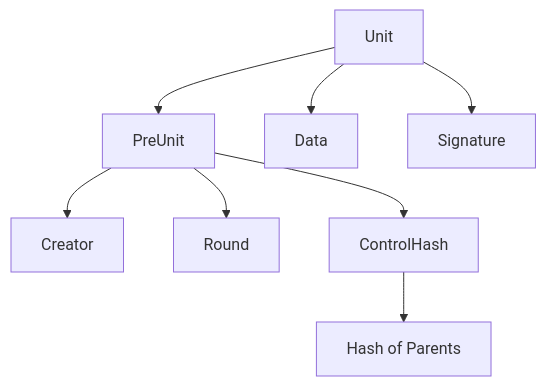
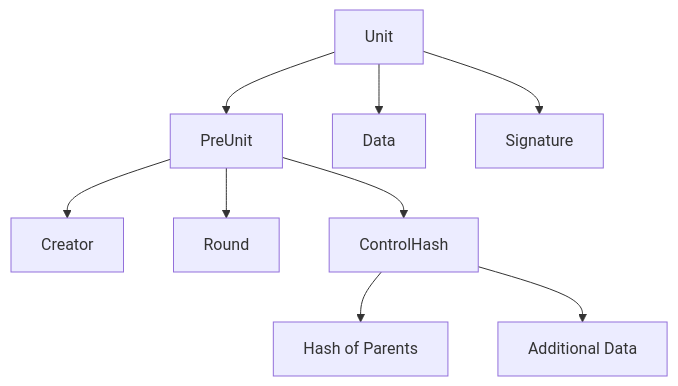
One commit to ljg-cqu/knowledge changed the fourth of 4 diagrams in Blockchain/Networks/Aleph Zero/AlephBFT/AlephBFT Consensus Protocol- Technical Analysis.md. Above: the diagram before and after it, drawn with Mermaid. The commit also changed other lines of this file, not shown here.

````diff
--- a/Blockchain/Networks/Aleph Zero/AlephBFT/AlephBFT Consensus Protocol- Technical Analysis.md
+++ b/Blockchain/Networks/Aleph Zero/AlephBFT/AlephBFT Consensus Protocol- Technical Analysis.md
@@ -356,12 +356,13 @@
 ```mermaid
 graph TD
     Unit --> PreUnit
     Unit --> Data
     Unit --> Signature
 
     PreUnit --> Creator
     PreUnit --> Round
     PreUnit --> ControlHash
 
     ControlHash --> ParentHash[Hash of Parents]
+    ControlHash --> AdditionalData[Additional Data]
 ```
````
